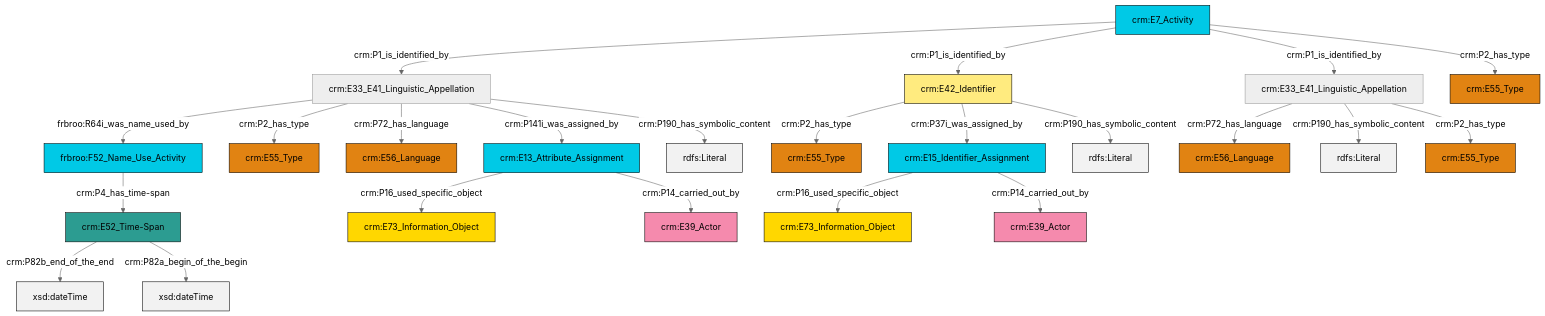
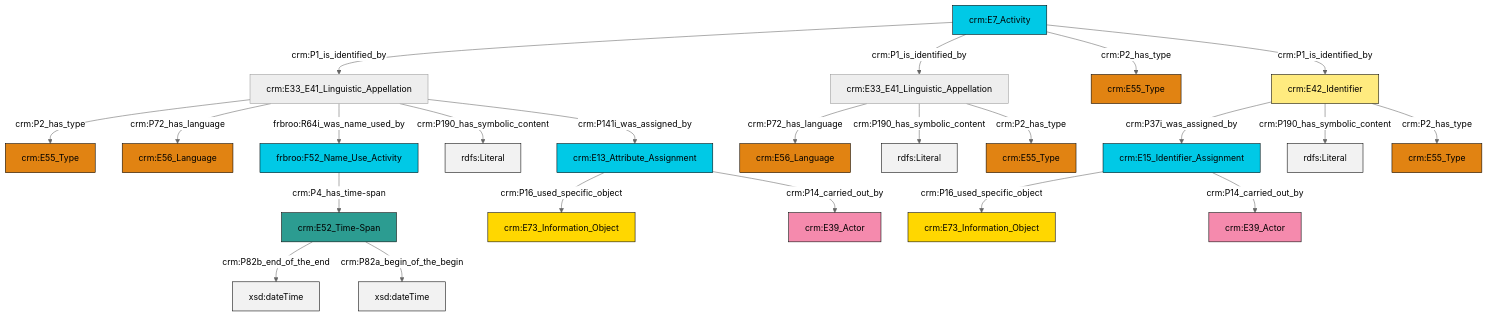
The diagram in et/eventCSV/ttl/mmd/event_name.ttl.mmd (swiss-art-research-net/docs.swissartresearch), drawn with Mermaid (neutral theme) before and after one commit. The commit also changed 208 other files, not shown here.

```diff
--- a/et/eventCSV/ttl/mmd/event_name.ttl.mmd
+++ b/et/eventCSV/ttl/mmd/event_name.ttl.mmd
@@ -1,37 +1,37 @@
 graph TD
 classDef Literal fill:#f2f2f2,stroke:#000000;
 classDef CRM_Entity fill:#FFFFFF,stroke:#000000;
 classDef Temporal_Entity fill:#00C9E6, stroke:#000000;
 classDef Type fill:#E18312, stroke:#000000;
 classDef Time-Span fill:#2C9C91, stroke:#000000;
 classDef Appellation fill:#FFEB7F, stroke:#000000;
 classDef Place fill:#008836, stroke:#000000;
 classDef Persistent_Item fill:#B266B2, stroke:#000000;
 classDef Conceptual_Object fill:#FFD700, stroke:#000000;
 classDef Physical_Thing fill:#D2B48C, stroke:#000000;
 classDef Actor fill:#f58aad, stroke:#000000;
 classDef PC_Classes fill:#4ce600, stroke:#000000;
 classDef Multi fill:#cccccc,stroke:#000000;
 
-0["crm:E33_E41_Linguistic_Appellation"]:::Default -->|frbroo:R64i_was_name_used_by| 1["frbroo:F52_Name_Use_Activity"]:::Temporal_Entity
-1["frbroo:F52_Name_Use_Activity"]:::Temporal_Entity -->|crm:P4_has_time-span| 2["crm:E52_Time-Span"]:::Time-Span
-7["crm:E7_Activity"]:::Temporal_Entity -->|crm:P1_is_identified_by| 0["crm:E33_E41_Linguistic_Appellation"]:::Default
-7["crm:E7_Activity"]:::Temporal_Entity -->|crm:P1_is_identified_by| 9["crm:E42_Identifier"]:::Appellation
-9["crm:E42_Identifier"]:::Appellation -->|crm:P2_has_type| 10["crm:E55_Type"]:::Type
-11["crm:E13_Attribute_Assignment"]:::Temporal_Entity -->|crm:P16_used_specific_object| 12["crm:E73_Information_Object"]:::Conceptual_Object
-2["crm:E52_Time-Span"]:::Time-Span -->|crm:P82b_end_of_the_end| 14[xsd:dateTime]:::Literal
-0["crm:E33_E41_Linguistic_Appellation"]:::Default -->|crm:P2_has_type| 5["crm:E55_Type"]:::Type
-7["crm:E7_Activity"]:::Temporal_Entity -->|crm:P1_is_identified_by| 20["crm:E33_E41_Linguistic_Appellation"]:::Default
-23["crm:E15_Identifier_Assignment"]:::Temporal_Entity -->|crm:P16_used_specific_object| 24["crm:E73_Information_Object"]:::Conceptual_Object
-2["crm:E52_Time-Span"]:::Time-Span -->|crm:P82a_begin_of_the_begin| 25[xsd:dateTime]:::Literal
-23["crm:E15_Identifier_Assignment"]:::Temporal_Entity -->|crm:P14_carried_out_by| 27["crm:E39_Actor"]:::Actor
-20["crm:E33_E41_Linguistic_Appellation"]:::Default -->|crm:P72_has_language| 28["crm:E56_Language"]:::Type
-20["crm:E33_E41_Linguistic_Appellation"]:::Default -->|crm:P190_has_symbolic_content| 32[rdfs:Literal]:::Literal
-20["crm:E33_E41_Linguistic_Appellation"]:::Default -->|crm:P2_has_type| 15["crm:E55_Type"]:::Type
-7["crm:E7_Activity"]:::Temporal_Entity -->|crm:P2_has_type| 18["crm:E55_Type"]:::Type
-11["crm:E13_Attribute_Assignment"]:::Temporal_Entity -->|crm:P14_carried_out_by| 21["crm:E39_Actor"]:::Actor
-9["crm:E42_Identifier"]:::Appellation -->|crm:P37i_was_assigned_by| 23["crm:E15_Identifier_Assignment"]:::Temporal_Entity
-0["crm:E33_E41_Linguistic_Appellation"]:::Default -->|crm:P72_has_language| 3["crm:E56_Language"]:::Type
-0["crm:E33_E41_Linguistic_Appellation"]:::Default -->|crm:P141i_was_assigned_by| 11["crm:E13_Attribute_Assignment"]:::Temporal_Entity
-0["crm:E33_E41_Linguistic_Appellation"]:::Default -->|crm:P190_has_symbolic_content| 40[rdfs:Literal]:::Literal
-9["crm:E42_Identifier"]:::Appellation -->|crm:P190_has_symbolic_content| 41[rdfs:Literal]:::Literal
+0["crm:E33_E41_Linguistic_Appellation"]:::Default -->|crm:P2_has_type| 1["crm:E55_Type"]:::Type
+2["crm:E15_Identifier_Assignment"]:::Temporal_Entity -->|crm:P16_used_specific_object| 3["crm:E73_Information_Object"]:::Conceptual_Object
+0["crm:E33_E41_Linguistic_Appellation"]:::Default -->|crm:P72_has_language| 4["crm:E56_Language"]:::Type
+5["crm:E13_Attribute_Assignment"]:::Temporal_Entity -->|crm:P16_used_specific_object| 6["crm:E73_Information_Object"]:::Conceptual_Object
+14["crm:E7_Activity"]:::Temporal_Entity -->|crm:P1_is_identified_by| 0["crm:E33_E41_Linguistic_Appellation"]:::Default
+14["crm:E7_Activity"]:::Temporal_Entity -->|crm:P1_is_identified_by| 17["crm:E33_E41_Linguistic_Appellation"]:::Default
+11["frbroo:F52_Name_Use_Activity"]:::Temporal_Entity -->|crm:P4_has_time-span| 18["crm:E52_Time-Span"]:::Time-Span
+0["crm:E33_E41_Linguistic_Appellation"]:::Default -->|frbroo:R64i_was_name_used_by| 11["frbroo:F52_Name_Use_Activity"]:::Temporal_Entity
+15["crm:E42_Identifier"]:::Appellation -->|crm:P37i_was_assigned_by| 2["crm:E15_Identifier_Assignment"]:::Temporal_Entity
+18["crm:E52_Time-Span"]:::Time-Span -->|crm:P82b_end_of_the_end| 20[xsd:dateTime]:::Literal
+0["crm:E33_E41_Linguistic_Appellation"]:::Default -->|crm:P190_has_symbolic_content| 23[rdfs:Literal]:::Literal
+15["crm:E42_Identifier"]:::Appellation -->|crm:P190_has_symbolic_content| 24[rdfs:Literal]:::Literal
+14["crm:E7_Activity"]:::Temporal_Entity -->|crm:P2_has_type| 26["crm:E55_Type"]:::Type
+2["crm:E15_Identifier_Assignment"]:::Temporal_Entity -->|crm:P14_carried_out_by| 27["crm:E39_Actor"]:::Actor
+17["crm:E33_E41_Linguistic_Appellation"]:::Default -->|crm:P72_has_language| 29["crm:E56_Language"]:::Type
+5["crm:E13_Attribute_Assignment"]:::Temporal_Entity -->|crm:P14_carried_out_by| 21["crm:E39_Actor"]:::Actor
+0["crm:E33_E41_Linguistic_Appellation"]:::Default -->|crm:P141i_was_assigned_by| 5["crm:E13_Attribute_Assignment"]:::Temporal_Entity
+18["crm:E52_Time-Span"]:::Time-Span -->|crm:P82a_begin_of_the_begin| 30[xsd:dateTime]:::Literal
+17["crm:E33_E41_Linguistic_Appellation"]:::Default -->|crm:P190_has_symbolic_content| 34[rdfs:Literal]:::Literal
+17["crm:E33_E41_Linguistic_Appellation"]:::Default -->|crm:P2_has_type| 7["crm:E55_Type"]:::Type
+15["crm:E42_Identifier"]:::Appellation -->|crm:P2_has_type| 32["crm:E55_Type"]:::Type
+14["crm:E7_Activity"]:::Temporal_Entity -->|crm:P1_is_identified_by| 15["crm:E42_Identifier"]:::Appellation
```
